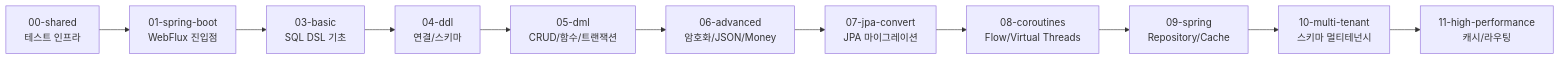
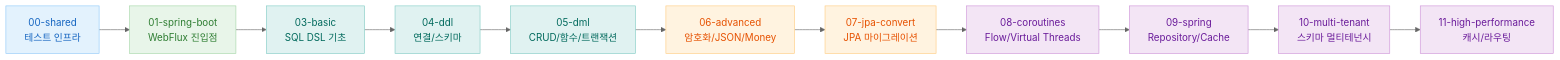
The diagram in README.md (bluetape4k/exposed-r2dbc-workshop), drawn with Mermaid before and after one commit. The commit also changed 63 other files, not shown here.

First line of the commit message:
docs: 전 모듈 README Mermaid UML 추가 및 영/한 이중화

````diff
--- a/README.md
+++ b/README.md
@@ -49,13 +49,26 @@
 ```mermaid
+%%{init: {"theme": "neutral"}}%%
 flowchart LR
     A["00-shared\n테스트 인프라"] --> B["01-spring-boot\nWebFlux 진입점"]
     B --> C["03-basic\nSQL DSL 기초"]
     C --> D["04-ddl\n연결/스키마"]
     D --> E["05-dml\nCRUD/함수/트랜잭션"]
     E --> F["06-advanced\n암호화/JSON/Money"]
     F --> G["07-jpa-convert\nJPA 마이그레이션"]
     G --> H["08-coroutines\nFlow/Virtual Threads"]
     H --> I["09-spring\nRepository/Cache"]
     I --> J["10-multi-tenant\n스키마 멀티테넌시"]
     J --> K["11-high-performance\n캐시/라우팅"]
+
+    classDef blue   fill:#E3F2FD,stroke:#90CAF9,color:#1565C0
+    classDef green  fill:#E8F5E9,stroke:#A5D6A7,color:#2E7D32
+    classDef purple fill:#F3E5F5,stroke:#CE93D8,color:#6A1B9A
+    classDef orange fill:#FFF3E0,stroke:#FFCC80,color:#E65100
+    classDef teal   fill:#E0F2F1,stroke:#80CBC4,color:#00695C
+
+    class A blue
+    class B green
+    class C,D,E teal
+    class F,G orange
+    class H,I,J,K purple
 ```
````
